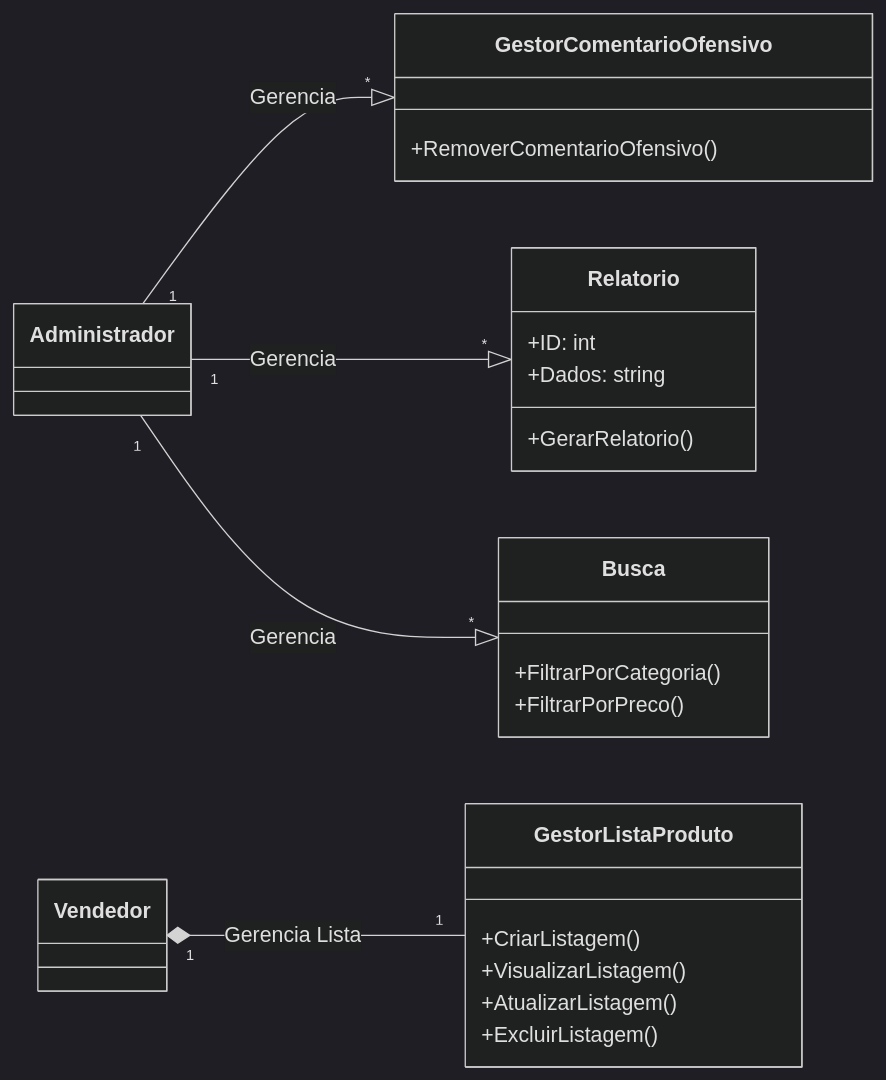
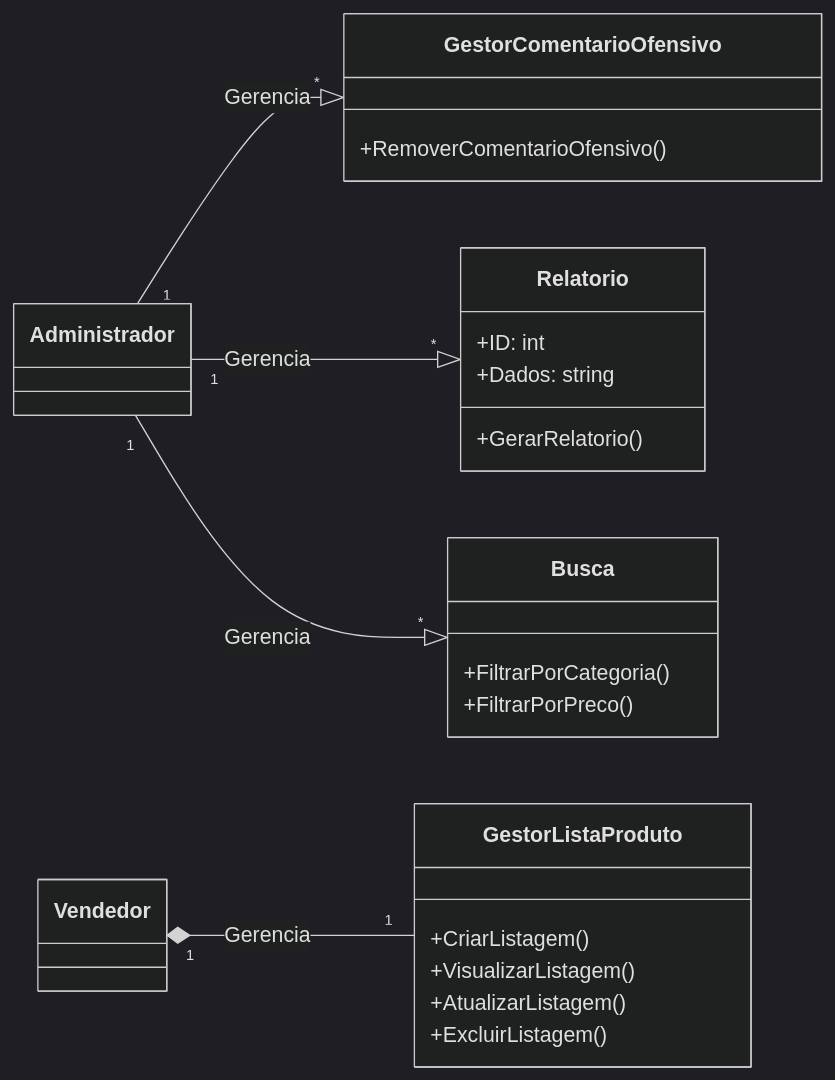
The fifth of 5 diagrams in README.md (jumont21/Projeto-eLearning-Atualizado), drawn with Mermaid (dark theme) before and after one commit.

````diff
--- a/README.md
+++ b/README.md
@@ -357,34 +357,34 @@
 ``` mermaid
 
 classDiagram
  direction LR
 
 class GestorComentarioOfensivo {
     +RemoverComentarioOfensivo()
   }
 
 class Relatorio {
     +ID: int
     +Dados: string
     +GerarRelatorio()
 }
 
 class Busca {
     +FiltrarPorCategoria()
     +FiltrarPorPreco()
 }
 
 class GestorListaProduto {
     +CriarListagem()
     +VisualizarListagem()
     +AtualizarListagem()
     +ExcluirListagem()
 }
 
 Administrador "1" --|> "*" GestorComentarioOfensivo : Gerencia
 Administrador "1" --|> "*" Relatorio : Gerencia 
 Administrador "1" --|> "*" Busca : Gerencia 
-Vendedor "1" *-- "1" GestorListaProduto : Gerencia Lista 
+Vendedor "1" *-- "1" GestorListaProduto : Gerencia
 
 
 ```
````
